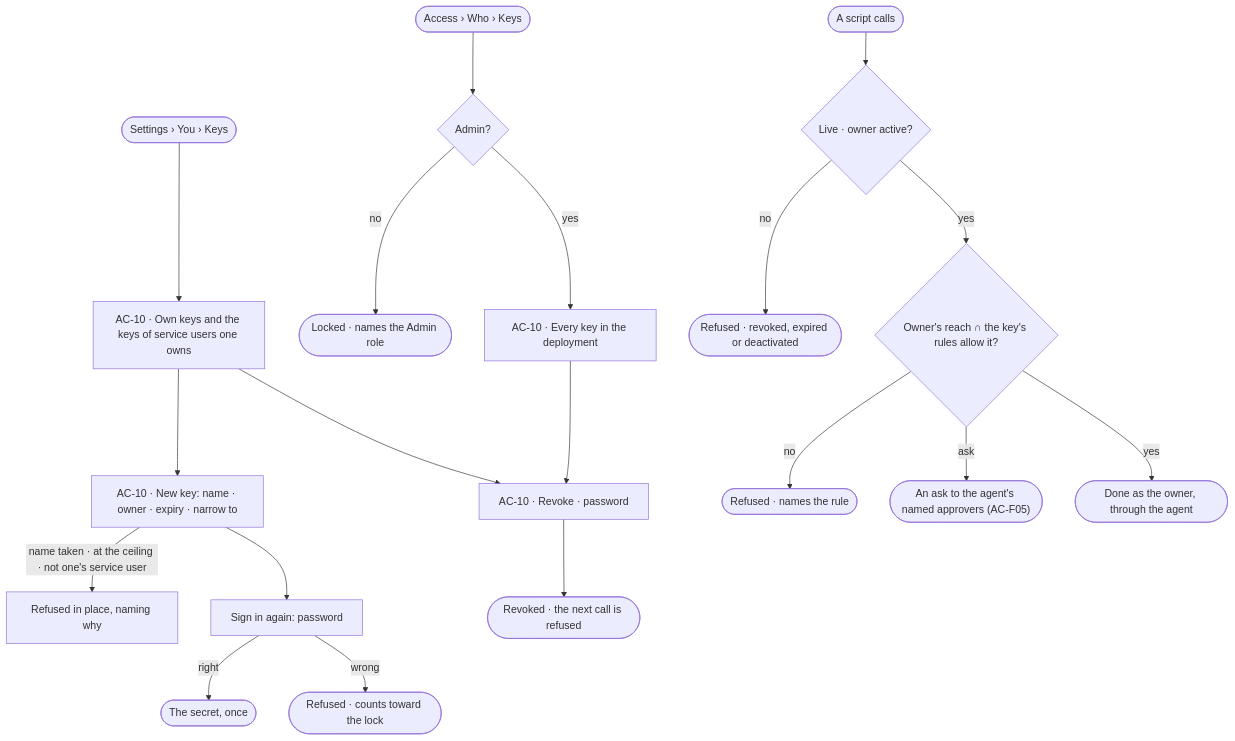
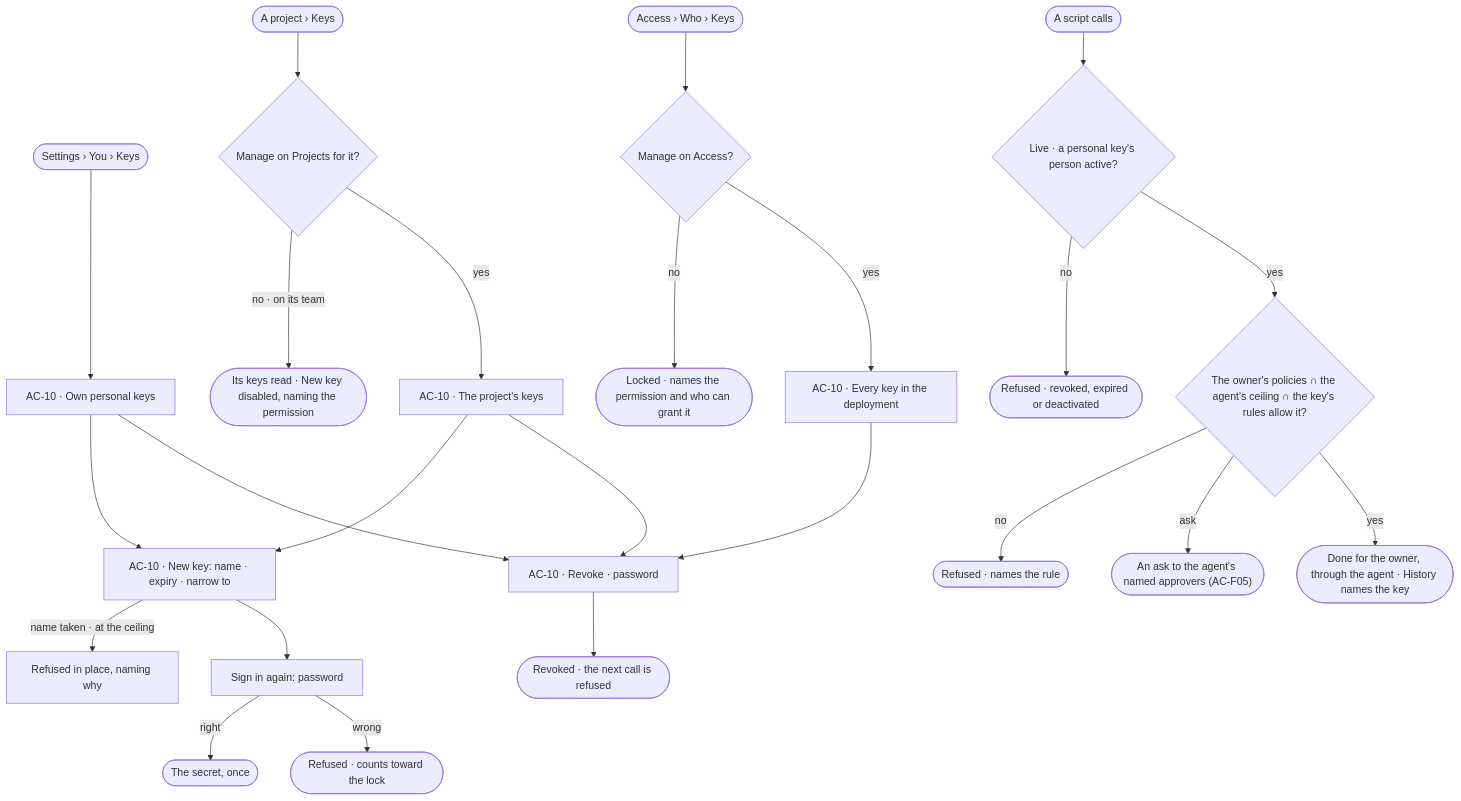
The diagram in specs/os/access/features/AC-F10-keys/feature.md (invana/invana), drawn with Mermaid before and after one commit. The commit also changed other lines of this file and 40 other files, not shown here.

First line of the commit message:
docs(specs): remove service users; keys belong to a person or a project

````diff
--- a/specs/os/access/features/AC-F10-keys/feature.md
+++ b/specs/os/access/features/AC-F10-keys/feature.md
@@ -24,21 +24,26 @@
 ```mermaid
 flowchart TD
-  me([Settings › You › Keys]) --> list["AC-10 · Own keys and the keys of service users one owns"]
-  ad([Access › Who › Keys]) --> who{"Admin?"}
-  who -->|no| lk(["Locked · names the Admin role"])
+  me([Settings › You › Keys]) --> list["AC-10 · Own personal keys"]
+  pj([A project › Keys]) --> pk{"Manage on Projects for it?"}
+  pk -->|no · on its team| pr(["Its keys read · New key disabled, naming the permission"])
+  pk -->|yes| plist["AC-10 · The project's keys"]
+  ad([Access › Who › Keys]) --> who{"Manage on Access?"}
+  who -->|no| lk(["Locked · names the permission and who can grant it"])
   who -->|yes| all["AC-10 · Every key in the deployment"]
-  list --> mint["AC-10 · New key: name · owner · expiry · narrow to"]
-  mint -->|name taken · at the ceiling · not one's service user| ref["Refused in place, naming why"]
+  list --> mint["AC-10 · New key: name · expiry · narrow to"]
+  plist --> mint
+  mint -->|name taken · at the ceiling| ref["Refused in place, naming why"]
   mint --> again["Sign in again: password"]
   again -->|right| secret(["The secret, once"])
   again -->|wrong| no(["Refused · counts toward the lock"])
   list --> rv["AC-10 · Revoke · password"]
   all --> rv
+  plist --> rv
   rv --> gone(["Revoked · the next call is refused"])
-  use([A script calls]) --> chk{"Live · owner active?"}
+  use([A script calls]) --> chk{"Live · a personal key's person active?"}
   chk -->|no| r1(["Refused · revoked, expired or deactivated"])
-  chk -->|yes| reach{"Owner's reach ∩ the key's rules allow it?"}
+  chk -->|yes| reach{"The owner's policies ∩ the agent's ceiling ∩ the key's rules allow it?"}
   reach -->|no| r2(["Refused · names the rule"])
   reach -->|ask| ask(["An ask to the agent's named approvers (AC-F05)"])
-  reach -->|yes| ok(["Done as the owner, through the agent"])
+  reach -->|yes| ok(["Done for the owner, through the agent · History names the key"])
 ```
````
